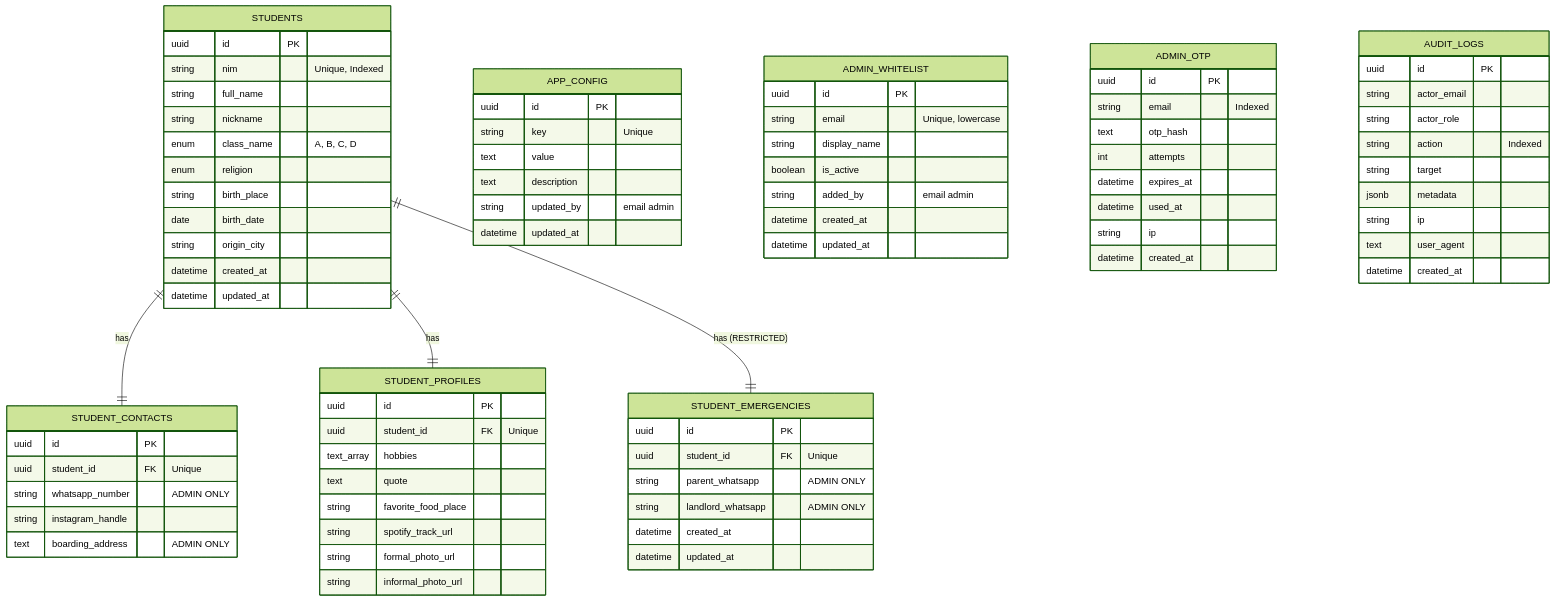
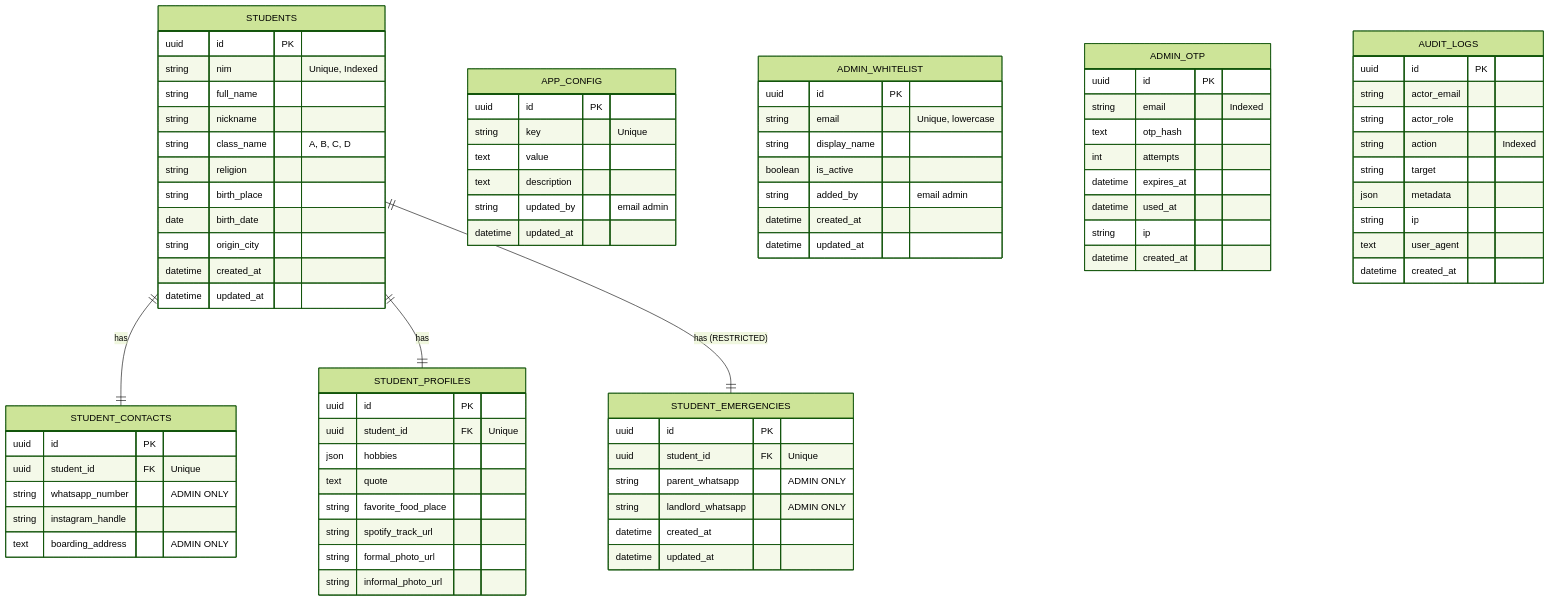
The first of 3 diagrams in docs/ARCHITECTURE.md (tekkom-26/buku-angkatan-tekkom-26), drawn with Mermaid (forest theme) before and after one commit. The commit also changed other lines of this file and 7 other files, not shown here.

```diff
--- a/docs/ARCHITECTURE.md
+++ b/docs/ARCHITECTURE.md
@@ -38,8 +44,8 @@
         string nim "Unique, Indexed"
         string full_name
         string nickname
-        enum class_name "A, B, C, D"
-        enum religion
+        string class_name "A, B, C, D"
+        string religion
         string birth_place
         date birth_date
         string origin_city
@@ -58,7 +64,7 @@
     STUDENT_PROFILES {
         uuid id PK
         uuid student_id FK "Unique"
-        text_array hobbies
+        json hobbies
         text quote
         string favorite_food_place
         string spotify_track_url
@@ -111,7 +117,7 @@
         string actor_role
         string action "Indexed"
         string target
-        jsonb metadata
+        json metadata
         string ip
         text user_agent
         datetime created_at
```
